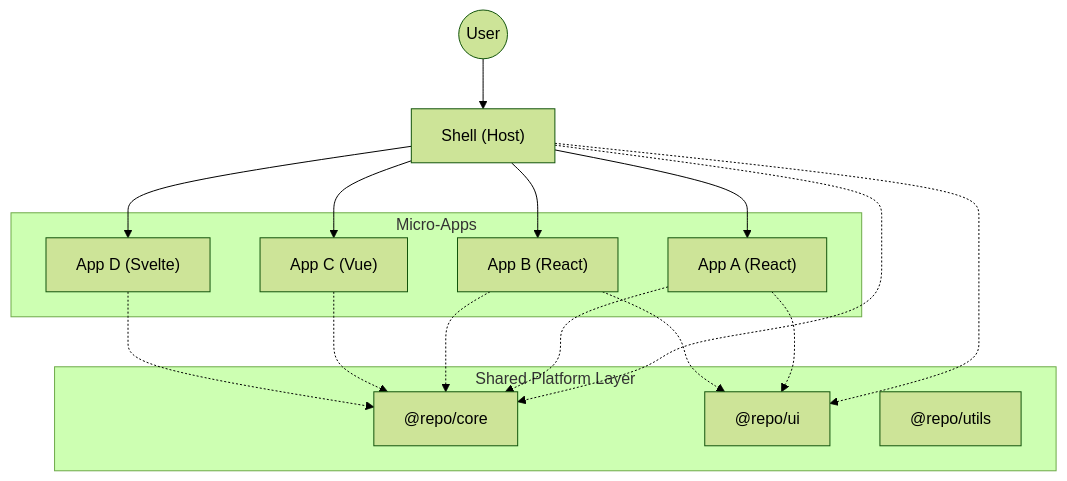
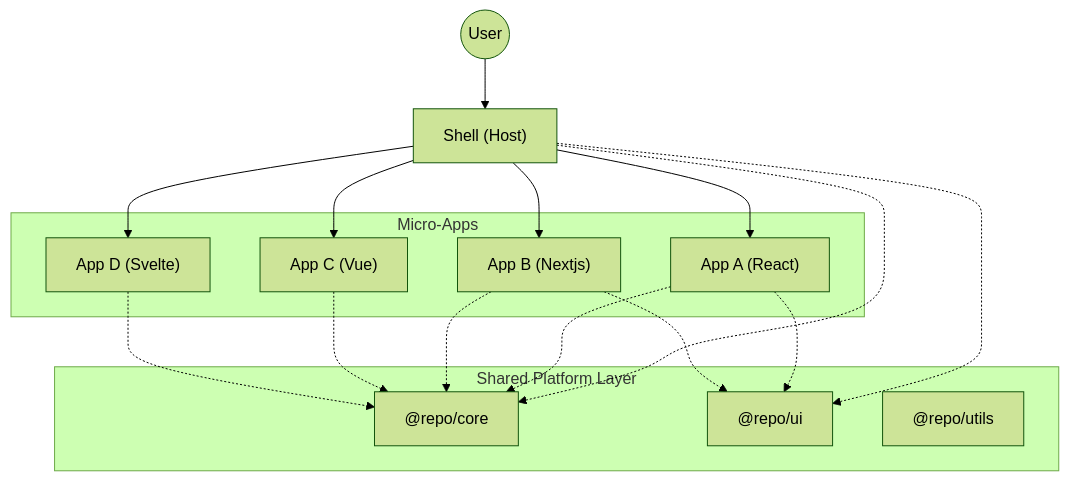
Before and after one commit to tian972k/micro-fontend-base: the diagram in docs/ARCHITECTURE.md, drawn with Mermaid (forest theme). The commit also changed other lines of this file and 14 other files, not shown here.

````diff
--- a/docs/ARCHITECTURE.md
+++ b/docs/ARCHITECTURE.md
@@ -7,31 +12,31 @@
 ```mermaid
 graph TD
     User((User)) --> Shell["Shell (Host)"]
 
     subgraph "Micro-Apps"
         AppA["App A (React)"]
-        AppB["App B (React)"]
+        AppB["App B (Nextjs)"]
         AppC["App C (Vue)"]
         AppD["App D (Svelte)"]
     end
 
     subgraph "Shared Platform Layer"
         Core["@repo/core"]
         UI["@repo/ui"]
         Utils["@repo/utils"]
     end
 
     Shell --> AppA
     Shell --> AppB
     Shell --> AppC
     Shell --> AppD
 
     Shell -.-> Core
     Shell -.-> UI
     AppA -.-> Core
     AppA -.-> UI
     AppB -.-> Core
     AppB -.-> UI
     AppC -.-> Core
     AppD -.-> Core
 ```
````
